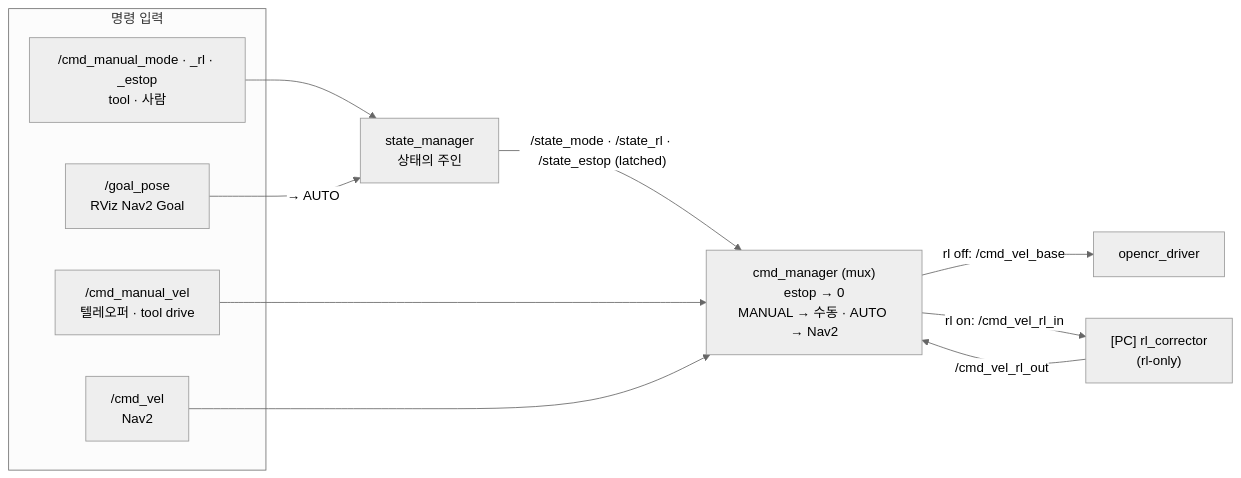
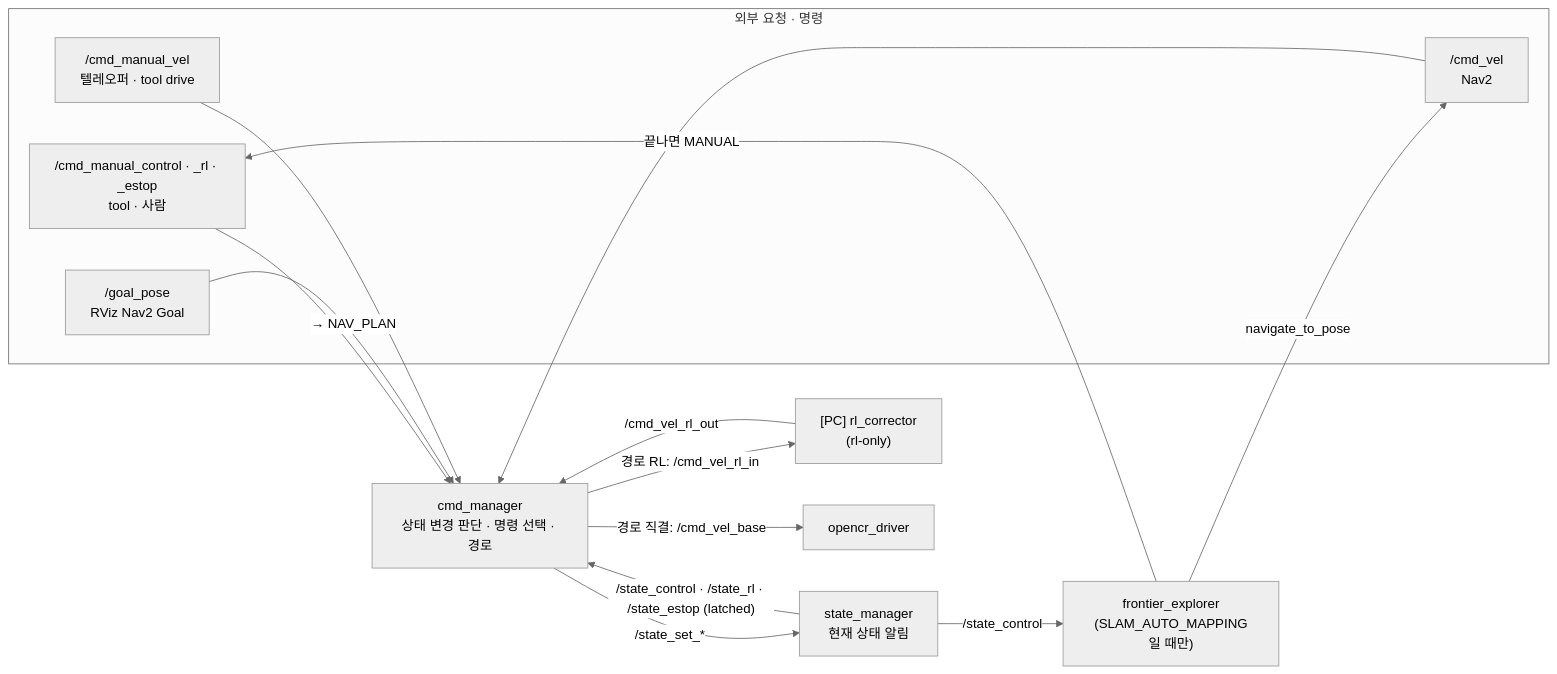
The second of 3 diagrams in ros2_ws/ARCH.md (visualkhh/ros2), drawn with Mermaid (neutral theme) before and after one commit. The commit also changed other lines of this file and 24 other files, not shown here.

First line of the commit message:
control/operation state split, SLAM auto-mapping, remove mock_base

````diff
--- a/ros2_ws/ARCH.md
+++ b/ros2_ws/ARCH.md
@@ -61,21 +63,26 @@
 ```mermaid
 flowchart LR
-  subgraph IN["명령 입력"]
+  subgraph IN["외부 요청 · 명령"]
+    REQ["/cmd_manual_control · _rl · _estop<br/>tool · 사람"]
+    GOAL["/goal_pose<br/>RViz Nav2 Goal"]
     MAN["/cmd_manual_vel<br/>텔레오퍼 · tool drive"]
-    NAV["/cmd_vel<br/>Nav2"]
-    REQ["/cmd_manual_mode · _rl · _estop<br/>tool · 사람"]
-    GOAL["/goal_pose<br/>RViz Nav2 Goal"]
+    NAV_PLAN["/cmd_vel<br/>Nav2"]
   end
-  SM["state_manager<br/>상태의 주인"]
-  CM["cmd_manager (mux)<br/>estop → 0<br/>MANUAL → 수동 · AUTO → Nav2"]
+  FE["frontier_explorer<br/>(SLAM_AUTO_MAPPING일 때만)"]
+  CM["cmd_manager<br/>상태 변경 판단 · 명령 선택 · 경로"]
+  SM["state_manager<br/>현재 상태 알림"]
   RL["[PC] rl_corrector<br/>(rl-only)"]
   DRV["opencr_driver"]
-  REQ --> SM
-  GOAL -->|"→ AUTO"| SM
-  SM -->|"/state_mode · /state_rl · /state_estop (latched)"| CM
+  REQ --> CM
+  GOAL -->|"→ NAV_PLAN"| CM
+  CM -->|"/state_set_*"| SM
+  SM -->|"/state_control · /state_rl · /state_estop (latched)"| CM
+  SM -->|"/state_control"| FE
+  FE -->|"navigate_to_pose"| NAV_PLAN
+  FE -->|"끝나면 MANUAL"| REQ
   MAN --> CM
-  NAV --> CM
-  CM -->|"rl off: /cmd_vel_base"| DRV
-  CM -->|"rl on: /cmd_vel_rl_in"| RL
+  NAV_PLAN --> CM
+  CM -->|"경로 직결: /cmd_vel_base"| DRV
+  CM -->|"경로 RL: /cmd_vel_rl_in"| RL
   RL -->|"/cmd_vel_rl_out"| CM
 ```
````
